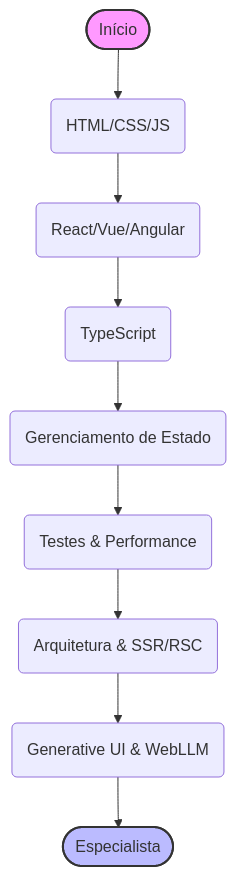
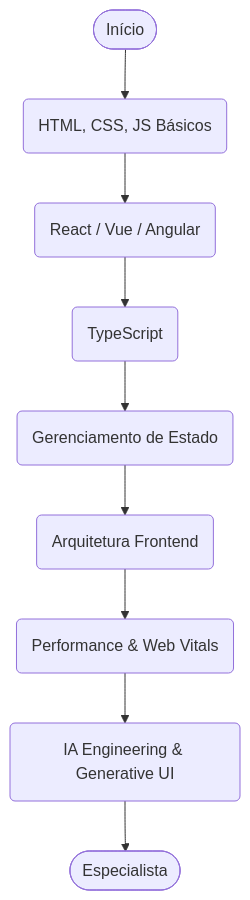
Before and after one commit to juninmd/roadmap-developer: the diagram in roadmaps/frontend/frontend.md, drawn with Mermaid. The commit also changed other lines of this file and 2 other files, not shown here.

First line of the commit message:
docs: update and condense roadmaps for 2026 standards (#128)

````diff
--- a/roadmaps/frontend/frontend.md
+++ b/roadmaps/frontend/frontend.md
@@ -5,14 +5,11 @@
 ```mermaid
 flowchart TD
-    Start([Início]) --> Base(HTML/CSS/JS)
-    Base --> Framework(React/Vue/Angular)
-    Framework --> TS(TypeScript)
-    TS --> State(Gerenciamento de Estado)
-    State --> Test(Testes & Performance)
-    Test --> Arch(Arquitetura & SSR/RSC)
-    Arch --> AI(Generative UI & WebLLM)
+    Start([Início]) --> HTML(HTML, CSS, JS Básicos)
+    HTML --> Framework(React / Vue / Angular)
+    Framework --> TypeScript(TypeScript)
+    TypeScript --> State(Gerenciamento de Estado)
+    State --> Arch(Arquitetura Frontend)
+    Arch --> Perf(Performance & Web Vitals)
+    Perf --> AI(IA Engineering & Generative UI)
     AI --> Spec([Especialista])
-
-    style Start fill:#f9f,stroke:#333,stroke-width:2px
-    style Spec fill:#bbf,stroke:#333,stroke-width:2px
 ```
````
